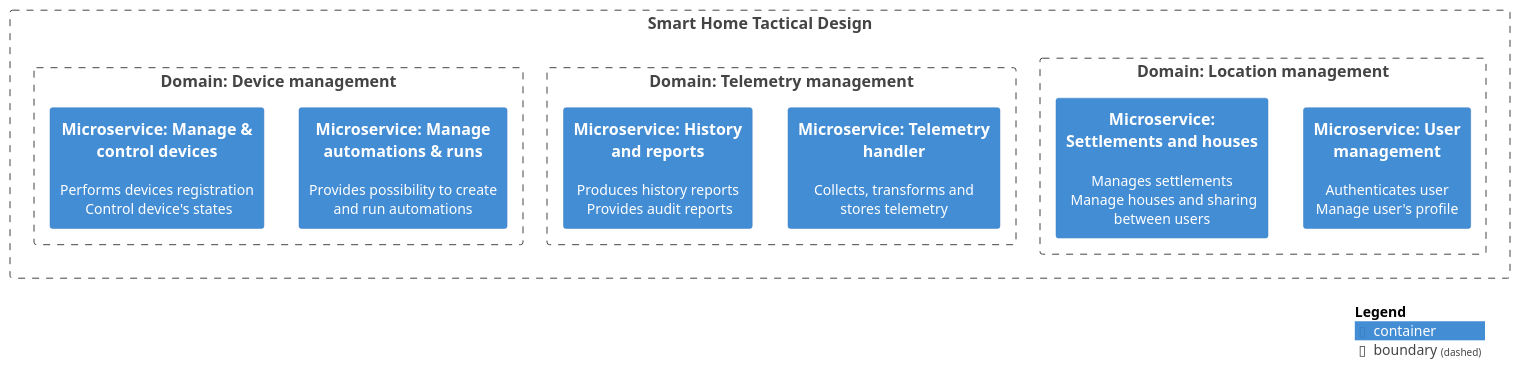
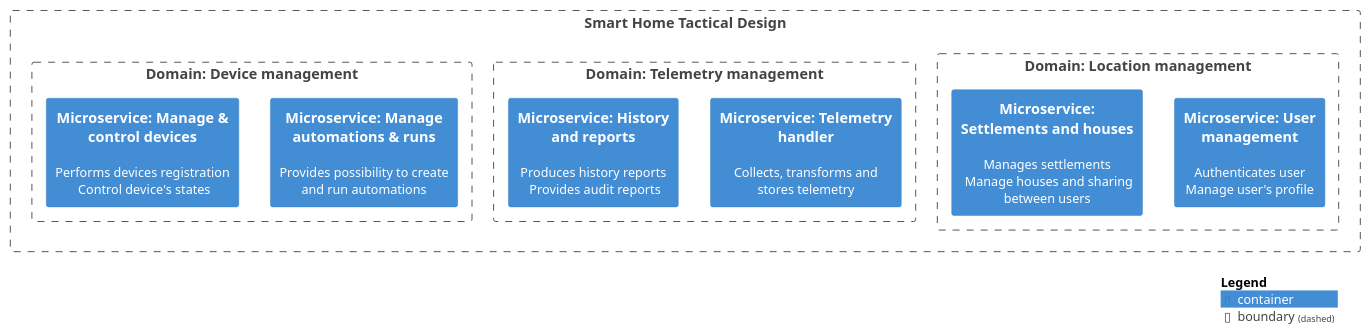
Before and after one commit to belkevglaz/yc-apo-sprint3: the diagram in docs/docs/assets/target/TacticalDesign.md, drawn with PlantUML. The commit also changed 10 other files, not shown here.

````diff
--- a/docs/docs/assets/target/TacticalDesign.md
+++ b/docs/docs/assets/target/TacticalDesign.md
@@ -1,30 +1,30 @@
 ```puml
 @startuml
-
+scale 0.9
 top to bottom direction
 
-'!includeurl https://raw.githubusercontent.com/plantuml-stdlib/C4-PlantUML/master/C4_Component.puml
-!include ../templates/C4_Component.puml
+!includeurl https://raw.githubusercontent.com/plantuml-stdlib/C4-PlantUML/master/C4_Component.puml
+'!include ../templates/C4_Component.puml
 
 Boundary(c1_strategic_design, "Smart Home Tactical Design") {
 
     Boundary(c1_location_domain, "Domain: Location management", "") {
         Container(c211, "Microservice: User management", "", "Authenticates user\nManage user's profile")
         Container(c212, "Microservice: Settlements and houses", "", "Manages settlements\n Manage houses and sharing between users")
     }
     
     Boundary(c1_telemetry_domain, "Domain: Telemetry management", "") {
         Container(c221, "Microservice: Telemetry handler", "", "Collects, transforms and stores telemetry")
         Container(c223, "Microservice: History and reports", "", "Produces history reports\n Provides audit reports")
     }
     
     Boundary(c1_device_domain, "Domain: Device management", "") {
         Container(c231, "Microservice: Manage automations & runs", "", "Provides possibility to create and run automations")
         Container(c233, "Microservice: Manage & control devices", "", "Performs devices registration\n Control device's states")
     }
 }
 
 SHOW_LEGEND()
 
 @enduml
 ```
````
